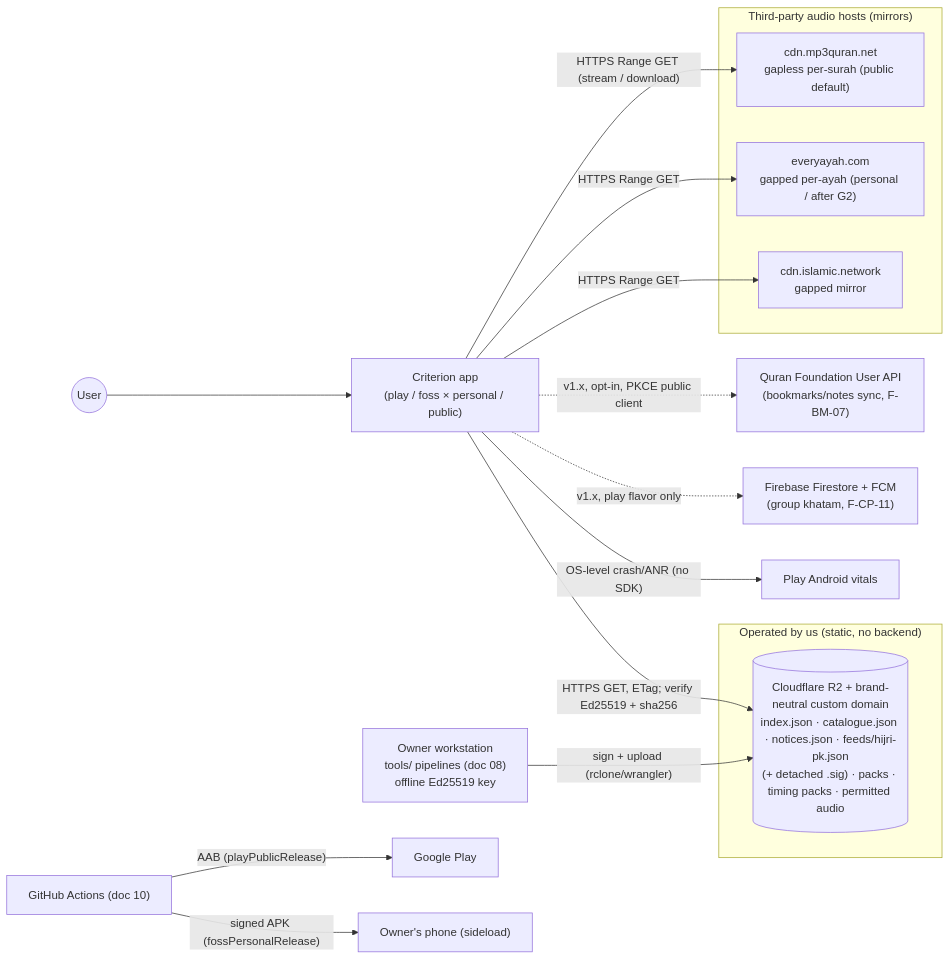
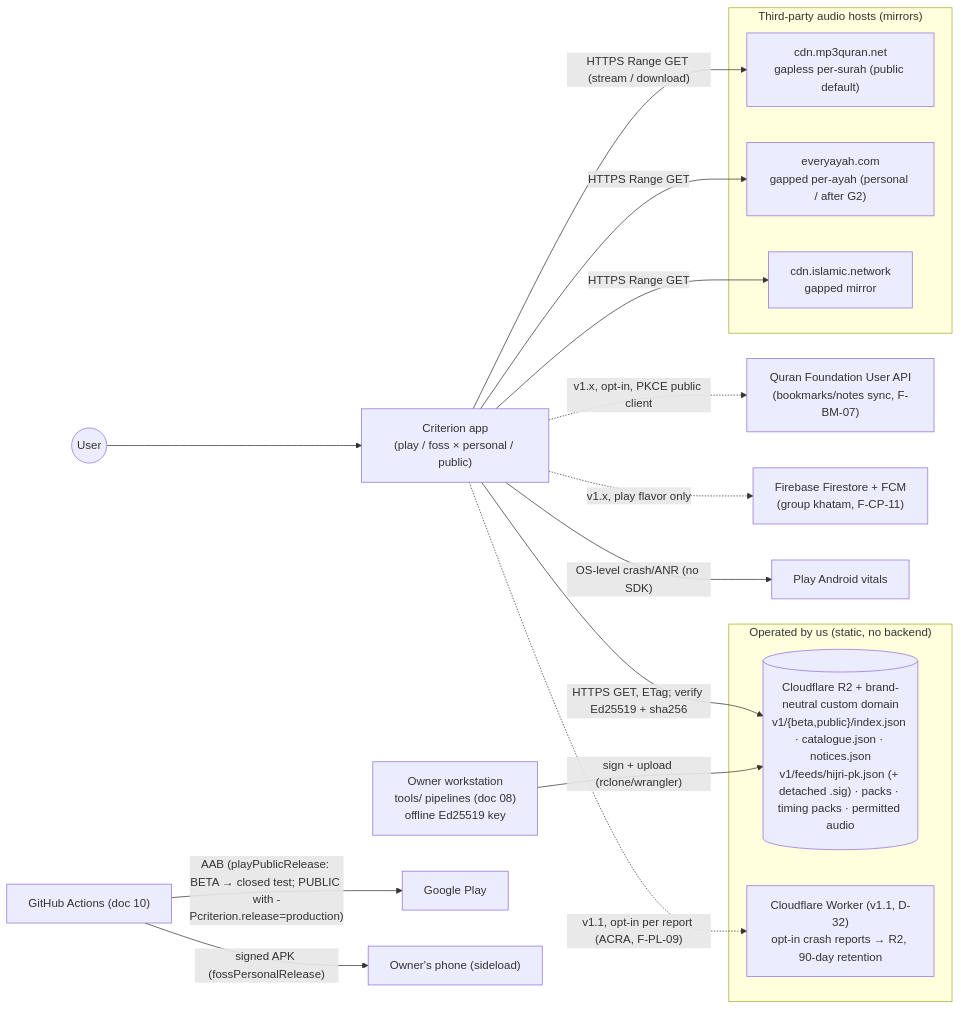
The first of 3 diagrams in docs/plan/04-architecture.md (Chughtaie/criterion), drawn with Mermaid before and after one commit. The commit also changed other lines of this file and 12 other files, not shown here.

````diff
--- a/docs/plan/04-architecture.md
+++ b/docs/plan/04-architecture.md
@@ -23,22 +23,24 @@
 ```mermaid
 flowchart LR
   U((User)) --> APP["Criterion app<br/>(play / foss × personal / public)"]
   subgraph Ours["Operated by us (static, no backend)"]
-    R2[("Cloudflare R2 + brand-neutral custom domain<br/>index.json · catalogue.json · notices.json · feeds/hijri-pk.json<br/>(+ detached .sig) · packs · timing packs · permitted audio")]
+    R2[("Cloudflare R2 + brand-neutral custom domain<br/>v1/{beta,public}/index.json · catalogue.json · notices.json<br/>v1/feeds/hijri-pk.json (+ detached .sig) · packs · timing packs · permitted audio")]
+    CW["Cloudflare Worker (v1.1, D-32)<br/>opt-in crash reports → R2, 90-day retention"]
   end
   subgraph ThirdParty["Third-party audio hosts (mirrors)"]
     MP3Q["cdn.mp3quran.net<br/>gapless per-surah (public default)"]
     EA["everyayah.com<br/>gapped per-ayah (personal / after G2)"]
     ISN["cdn.islamic.network<br/>gapped mirror"]
   end
   APP -- "HTTPS GET, ETag; verify Ed25519 + sha256" --> R2
   APP -- "HTTPS Range GET (stream / download)" --> MP3Q
   APP -- "HTTPS Range GET" --> EA
   APP -- "HTTPS Range GET" --> ISN
   APP -. "v1.x, opt-in, PKCE public client" .-> QF["Quran Foundation User API<br/>(bookmarks/notes sync, F-BM-07)"]
   APP -. "v1.x, play flavor only" .-> FB["Firebase Firestore + FCM<br/>(group khatam, F-CP-11)"]
   APP -- "OS-level crash/ANR (no SDK)" --> VIT["Play Android vitals"]
+  APP -. "v1.1, opt-in per report (ACRA, F-PL-09)" .-> CW
   OWN["Owner workstation<br/>tools/ pipelines (doc 08)<br/>offline Ed25519 key"] -- "sign + upload (rclone/wrangler)" --> R2
-  CI["GitHub Actions (doc 10)"] -- "AAB (playPublicRelease)" --> PLAY["Google Play"]
+  CI["GitHub Actions (doc 10)"] -- "AAB (playPublicRelease: BETA → closed test; PUBLIC with -Pcriterion.release=production)" --> PLAY["Google Play"]
   CI -- "signed APK (fossPersonalRelease)" --> OWNERPHONE["Owner's phone (sideload)"]
 ```
````
